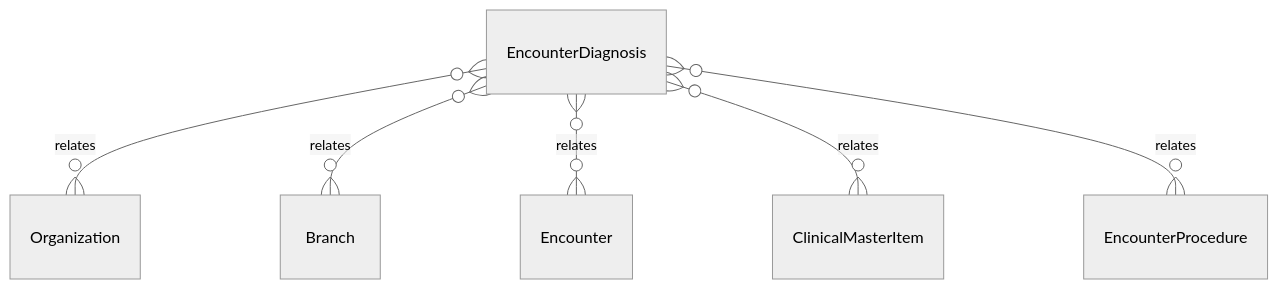
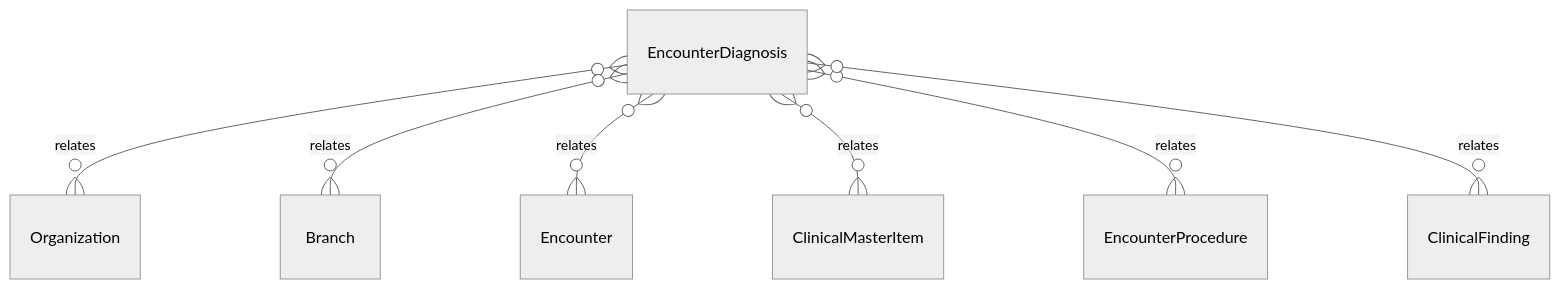
One commit to tejasnirala/rcln changed the diagram in .kb/Database/EncounterDiagnosis.md. Above: the diagram before and after it, drawn with Mermaid (neutral theme). The commit also changed other lines of this file and 139 other files, not shown here.

First line of the commit message:
feat(clinical): ce-6 the visual mapping engine and the dental chart

````diff
--- a/.kb/Database/EncounterDiagnosis.md
+++ b/.kb/Database/EncounterDiagnosis.md
@@ -50,8 +51,9 @@
 ```mermaid
 erDiagram
     EncounterDiagnosis }o--o{ Organization : relates
     EncounterDiagnosis }o--o{ Branch : relates
     EncounterDiagnosis }o--o{ Encounter : relates
     EncounterDiagnosis }o--o{ ClinicalMasterItem : relates
     EncounterDiagnosis }o--o{ EncounterProcedure : relates
+    EncounterDiagnosis }o--o{ ClinicalFinding : relates
 ```
````
